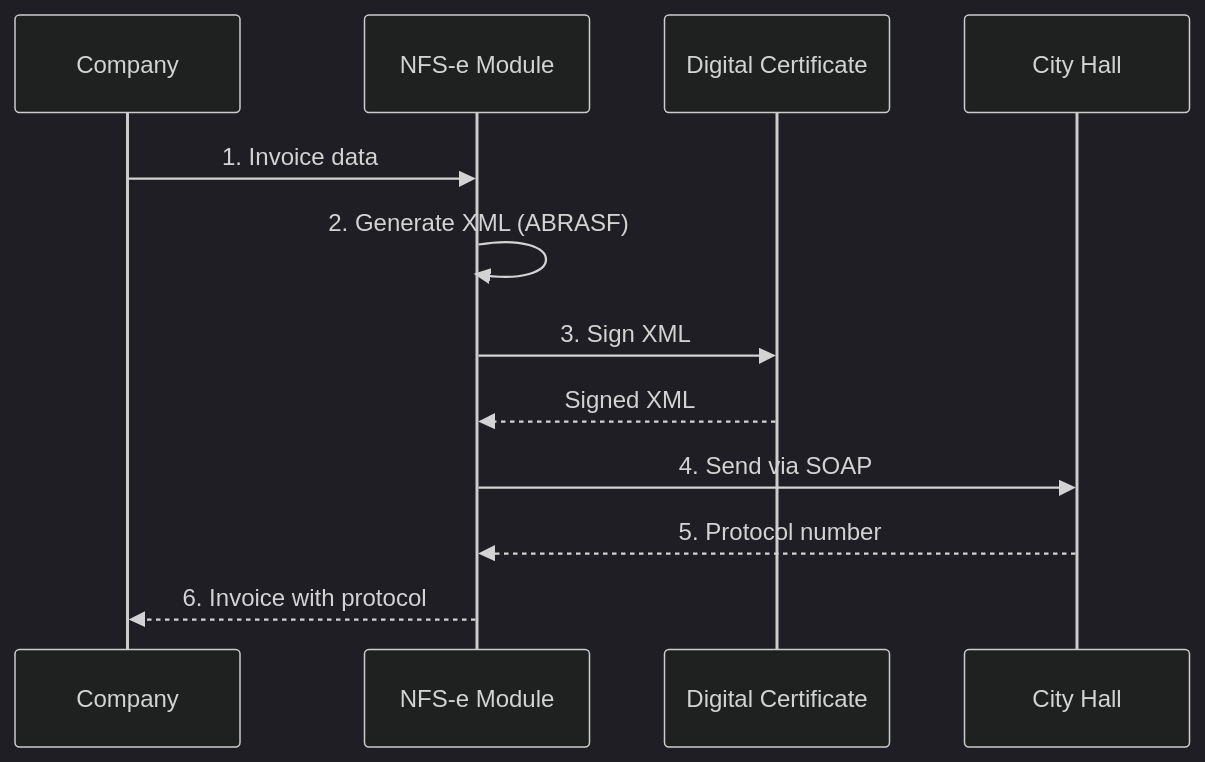
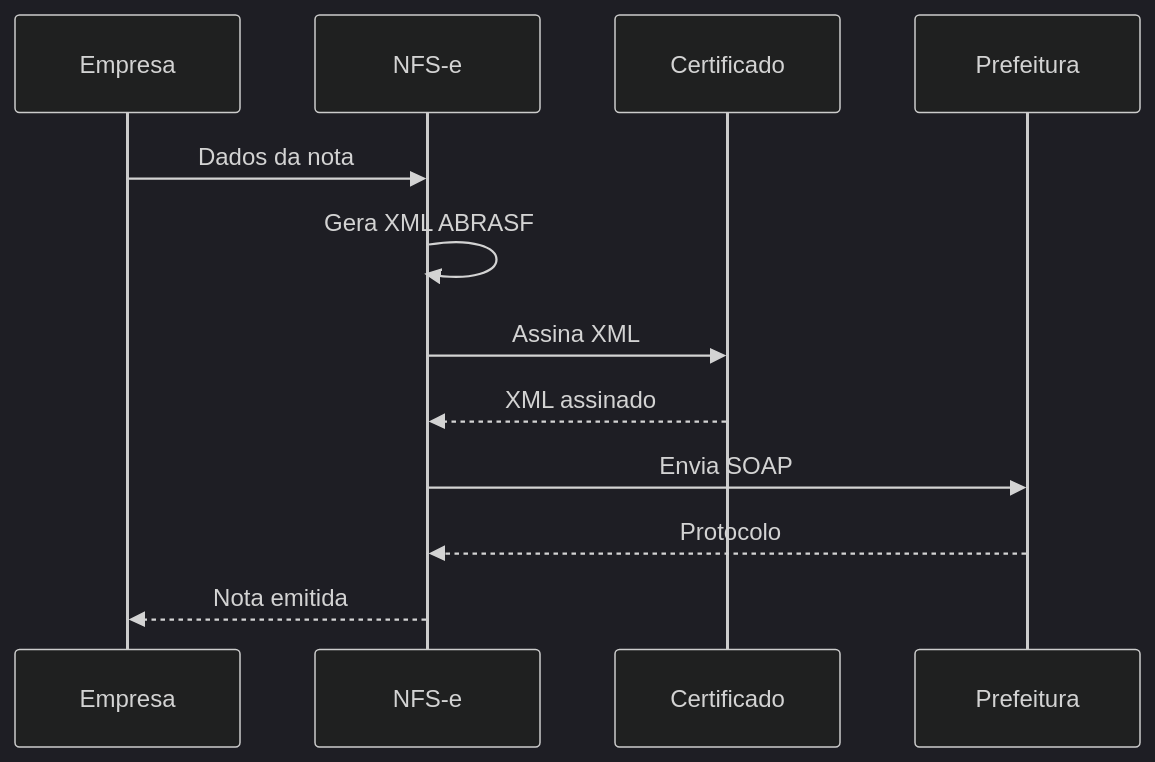
Before and after one commit to mateussiqueira/banking-stack: the diagram in packages/docs/challenges/07-nfse.md, drawn with Mermaid (dark theme). The commit also changed other lines of this file and 19 other files, not shown here.

First line of the commit message:
docs: restructure all challenges with Akita-style + TS/Go code + Mermaid

````diff
--- a/packages/docs/challenges/07-nfse.md
+++ b/packages/docs/challenges/07-nfse.md
@@ -57,15 +18,15 @@
 ```mermaid
 sequenceDiagram
-    participant Company
-    participant NFS-e Module
-    participant Digital Certificate
-    participant City Hall
+    participant Empresa
+    participant NFS-e
+    participant Certificado
+    participant Prefeitura
 
-    Company->>NFS-e Module: 1. Invoice data
-    NFS-e Module->>NFS-e Module: 2. Generate XML (ABRASF)
-    NFS-e Module->>Digital Certificate: 3. Sign XML
-    Digital Certificate-->>NFS-e Module: Signed XML
-    NFS-e Module->>City Hall: 4. Send via SOAP
-    City Hall-->>NFS-e Module: 5. Protocol number
-    NFS-e Module-->>Company: 6. Invoice with protocol
+    Empresa->>NFS-e: Dados da nota
+    NFS-e->>NFS-e: Gera XML ABRASF
+    NFS-e->>Certificado: Assina XML
+    Certificado-->>NFS-e: XML assinado
+    NFS-e->>Prefeitura: Envia SOAP
+    Prefeitura-->>NFS-e: Protocolo
+    NFS-e-->>Empresa: Nota emitida
 ```
````
